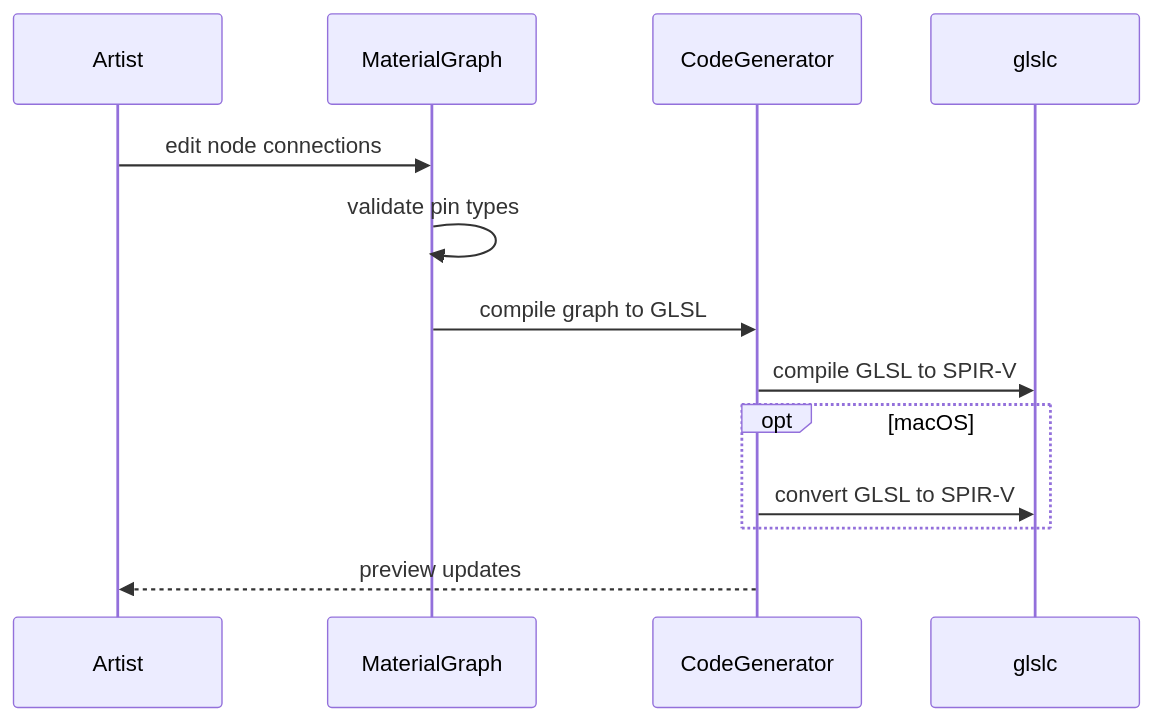
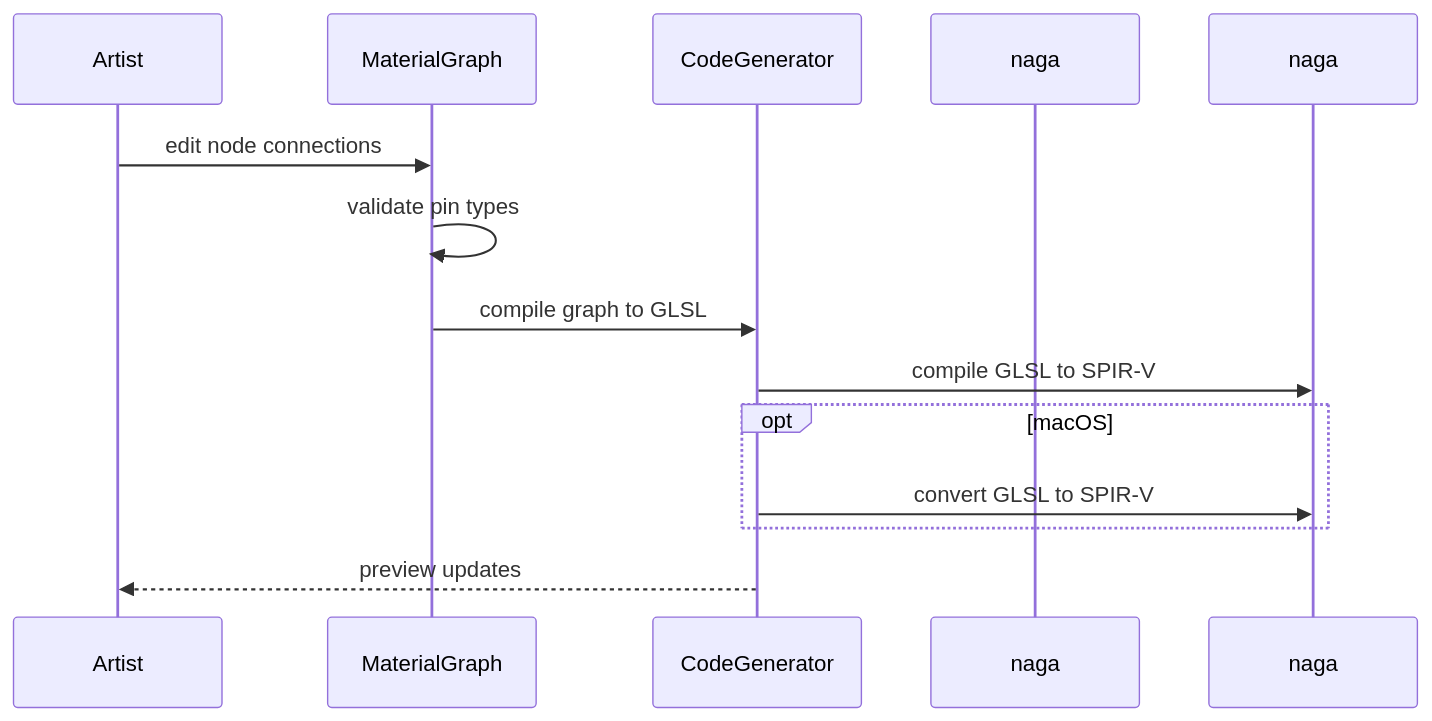
One commit to harmonius-dev/harmonius changed the third of 4 diagrams in docs/design/tools/visual-editors.md. Above: the diagram before and after it, drawn with Mermaid. The commit also changed other lines of this file and 68 other files, not shown here.

````diff
--- a/docs/design/tools/visual-editors.md
+++ b/docs/design/tools/visual-editors.md
@@ -373,17 +373,17 @@
 ```mermaid
 sequenceDiagram
     participant A as Artist
     participant MG as MaterialGraph
     participant CG as CodeGenerator
-    participant glslc as glslc Compiler
-    participant glslc as glslc
+    participant Naga as naga Compiler
+    participant Naga as naga
 
     A->>MG: edit node connections
     MG->>MG: validate pin types
     MG->>CG: compile graph to GLSL
-    CG->>glslc: compile GLSL to SPIR-V
+    CG->>naga: compile GLSL to SPIR-V
     opt macOS
-        CG->>glslc: convert GLSL to SPIR-V
+        CG->>naga: convert GLSL to SPIR-V
     end
     CG-->>A: preview updates
 ```
````
